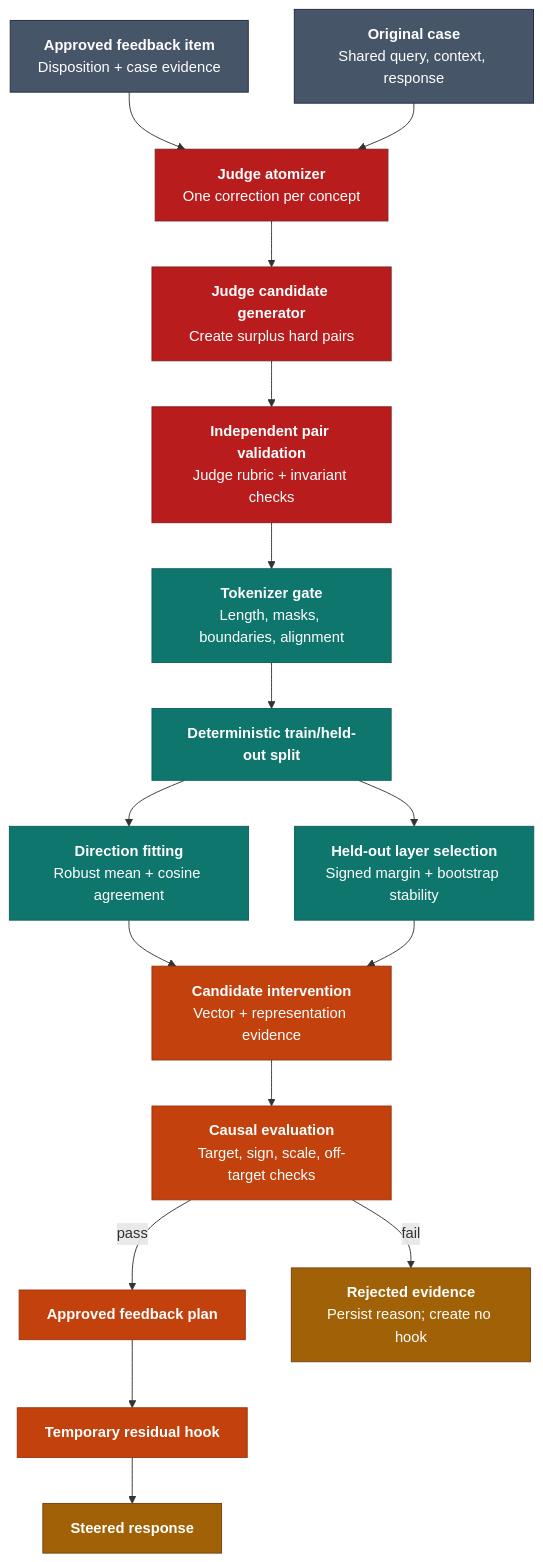
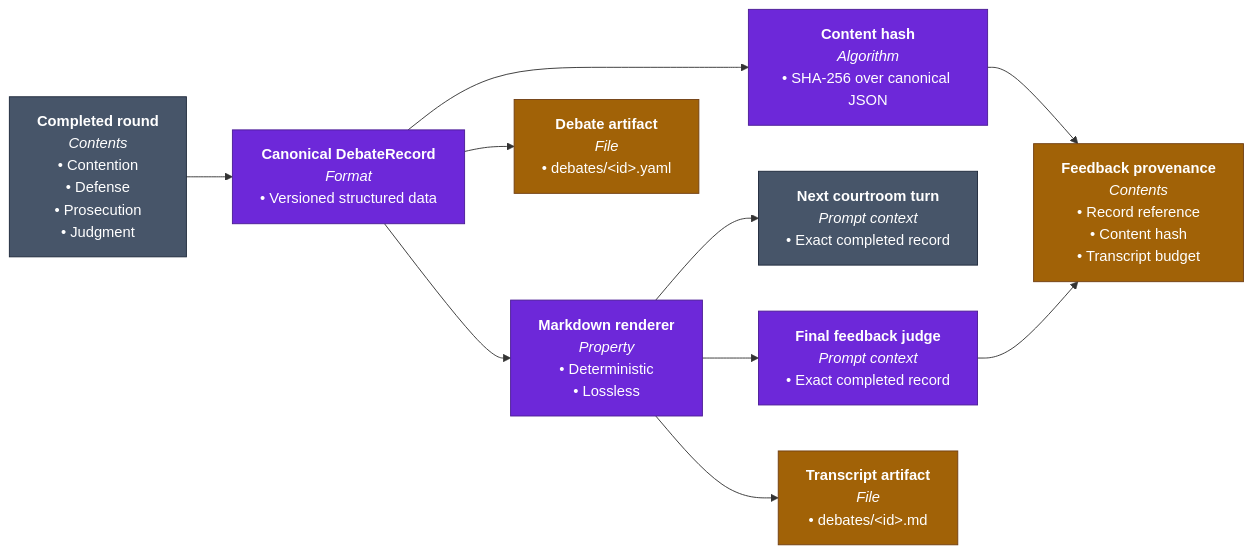
Before and after one commit to ForestDweller014/Specter: the third of 3 diagrams in README.md, drawn with Mermaid. The commit also changed other lines of this file and 140 other files, not shown here.

First line of the commit message:
refactor: Simplify courtroom evaluation

````diff
--- a/README.md
+++ b/README.md
@@ -324,30 +255,20 @@
 ```mermaid
-flowchart TB
-    Feedback["<b>Approved feedback item</b><br/>Disposition + case evidence"] --> Atomize["<b>Judge atomizer</b><br/>One correction per concept"]
-    Case["<b>Original case</b><br/>Shared query, context, response"] --> Atomize
-    Atomize --> Generate["<b>Judge candidate generator</b><br/>Create surplus hard pairs"]
-    Generate --> Validate["<b>Independent pair validation</b><br/>Judge rubric + invariant checks"]
-    Validate --> TokenGate["<b>Tokenizer gate</b><br/>Length, masks, boundaries, alignment"]
-    TokenGate --> Split["<b>Deterministic train/held-out split</b>"]
-    Split --> Direction["<b>Direction fitting</b><br/>Robust mean + cosine agreement"]
-    Split --> HeldOut["<b>Held-out layer selection</b><br/>Signed margin + bootstrap stability"]
-    Direction --> Candidate["<b>Candidate intervention</b><br/>Vector + representation evidence"]
-    HeldOut --> Candidate
-    Candidate --> Causal["<b>Causal evaluation</b><br/>Target, sign, scale, off-target checks"]
-    Causal -->|"pass"| Plan["<b>Approved feedback plan</b>"]
-    Causal -->|"fail"| Reject["<b>Rejected evidence</b><br/>Persist reason; create no hook"]
-    Plan --> Hook["<b>Temporary residual hook</b>"]
-    Hook --> Output["<b>Steered response</b>"]
+flowchart LR
+    Round["<b>Completed round</b><br/><i>Contents</i><br/>• Contention<br/>• Defense<br/>• Prosecution<br/>• Judgment"] --> Record["<b>Canonical DebateRecord</b><br/><i>Format</i><br/>• Versioned structured data"]
+    Record --> Render["<b>Markdown renderer</b><br/><i>Property</i><br/>• Deterministic<br/>• Lossless"]
+    Record --> Hash["<b>Content hash</b><br/><i>Algorithm</i><br/>• SHA-256 over canonical JSON"]
+    Render --> Next["<b>Next courtroom turn</b><br/><i>Prompt context</i><br/>• Exact completed record"]
+    Render --> Final["<b>Final feedback judge</b><br/><i>Prompt context</i><br/>• Exact completed record"]
+    Record --> YAML["<b>Debate artifact</b><br/><i>File</i><br/>• debates/&lt;id&gt;.yaml"]
+    Render --> Markdown["<b>Transcript artifact</b><br/><i>File</i><br/>• debates/&lt;id&gt;.md"]
+    Hash --> Provenance["<b>Feedback provenance</b><br/><i>Contents</i><br/>• Record reference<br/>• Content hash<br/>• Transcript budget"]
+    Final --> Provenance
 
-    class Feedback,Case external
-    class Atomize,Generate,Validate inference
-    class TokenGate,Split,Direction,HeldOut teal
-    class Candidate,Causal,Plan,Hook application
-    class Reject,Output memory
+    class Round,Next external
+    class Record,Render,Hash,Final validation
+    class YAML,Markdown,Provenance memory
 
     classDef external fill:#475569,stroke:#1E293B,color:#FFFFFF
-    classDef teal fill:#0F766E,stroke:#115E59,color:#FFFFFF
-    classDef application fill:#C2410C,stroke:#9A3412,color:#FFFFFF
-    classDef inference fill:#B91C1C,stroke:#7F1D1D,color:#FFFFFF
+    classDef validation fill:#6D28D9,stroke:#4C1D95,color:#FFFFFF
     classDef memory fill:#A16207,stroke:#713F12,color:#FFFFFF
 ```
````
